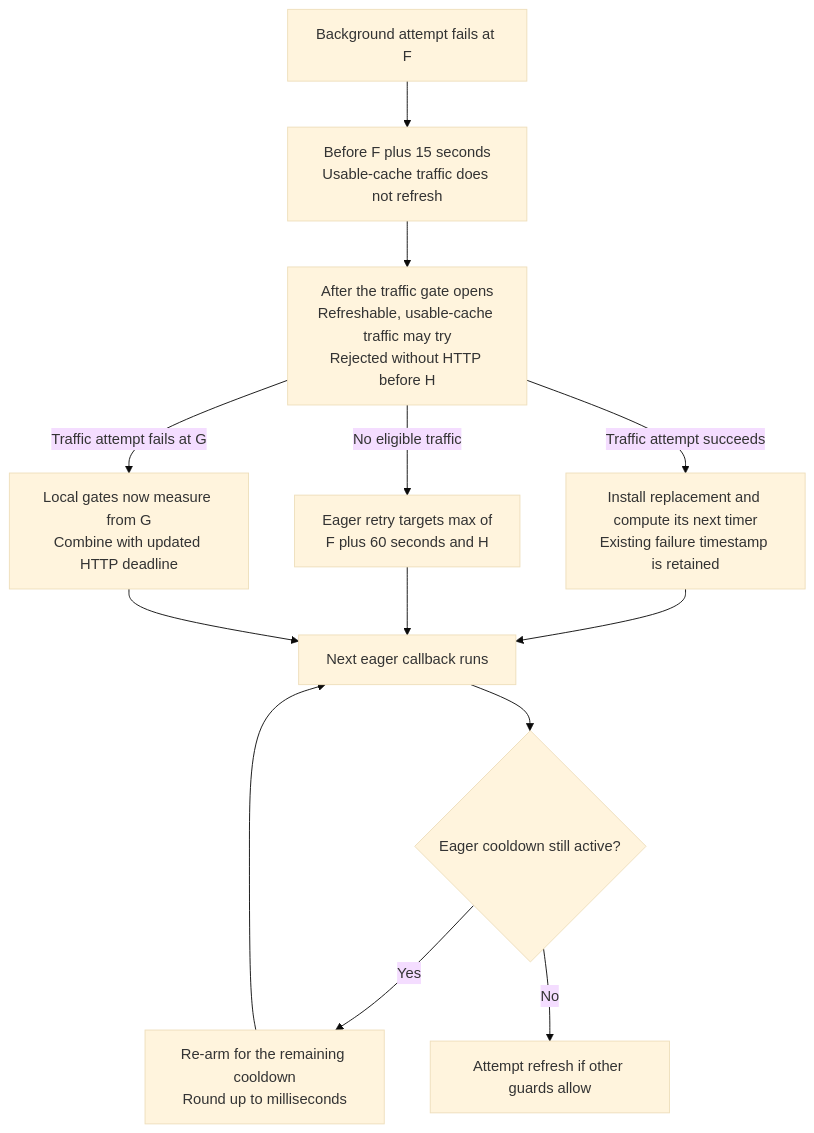
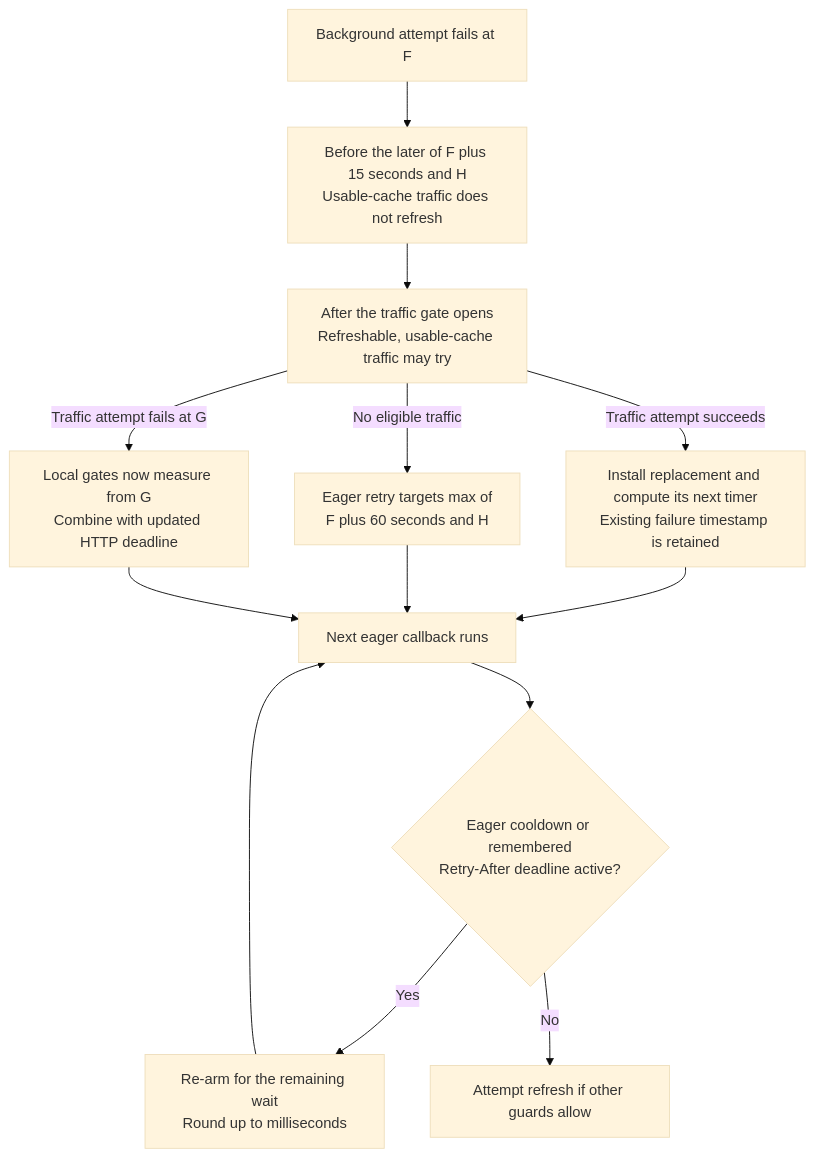
One commit to entur/jwt-resource-server changed the sixth of 11 diagrams in jwt-client/docs/eager-preemptive-refresh/README.md. Above: the diagram before and after it, drawn with Mermaid (base theme). The commit also changed other lines of this file and 4 other files, not shown here.

First line of the commit message:
Retain the learned Retry-After deadline in the preemptive cache

````diff
--- a/jwt-client/docs/eager-preemptive-refresh/README.md
+++ b/jwt-client/docs/eager-preemptive-refresh/README.md
@@ -171,15 +171,15 @@
 ```mermaid
 flowchart TD
-    F["Background attempt fails at F"] --> Early["Before F plus 15 seconds<br/>Usable-cache traffic does not refresh"]
-    Early --> Traffic["After the traffic gate opens<br/>Refreshable, usable-cache traffic may try<br/>Rejected without HTTP before H"]
+    F["Background attempt fails at F"] --> Early["Before the later of F plus 15 seconds and H<br/>Usable-cache traffic does not refresh"]
+    Early --> Traffic["After the traffic gate opens<br/>Refreshable, usable-cache traffic may try"]
     Traffic -->|No eligible traffic| Eager["Eager retry targets max of<br/>F plus 60 seconds and H"]
     Traffic -->|Traffic attempt fails at G| Restart["Local gates now measure from G<br/>Combine with updated HTTP deadline"]
     Traffic -->|Traffic attempt succeeds| New["Install replacement and compute its next timer<br/>Existing failure timestamp is retained"]
     New --> Callback["Next eager callback runs"]
-    Callback --> Gate{"Eager cooldown still active?"}
-    Gate -->|Yes| Defer["Re-arm for the remaining cooldown<br/>Round up to milliseconds"]
+    Callback --> Gate{"Eager cooldown or remembered<br/>Retry-After deadline active?"}
+    Gate -->|Yes| Defer["Re-arm for the remaining wait<br/>Round up to milliseconds"]
     Gate -->|No| Attempt["Attempt refresh if other guards allow"]
     Defer --> Callback
     Eager --> Callback
     Restart --> Callback
 ```
````
